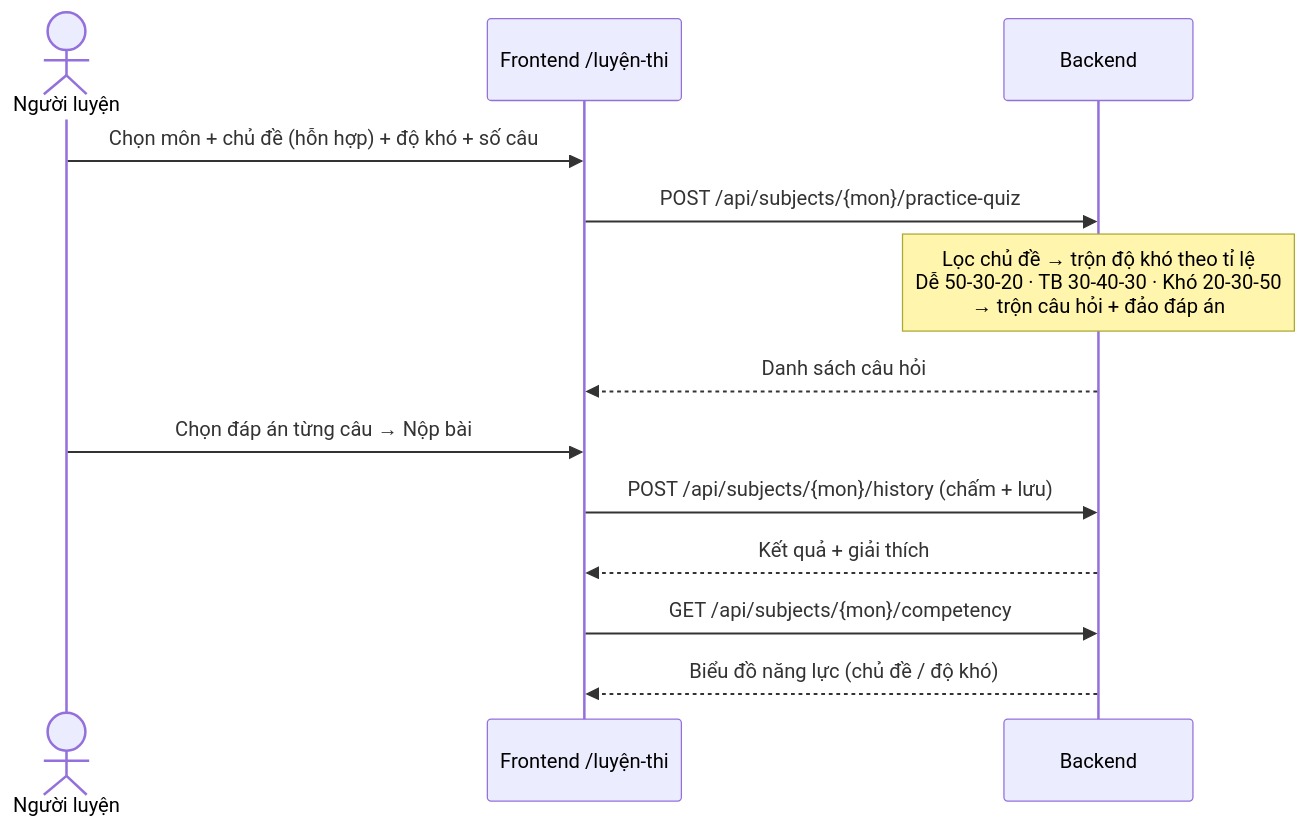
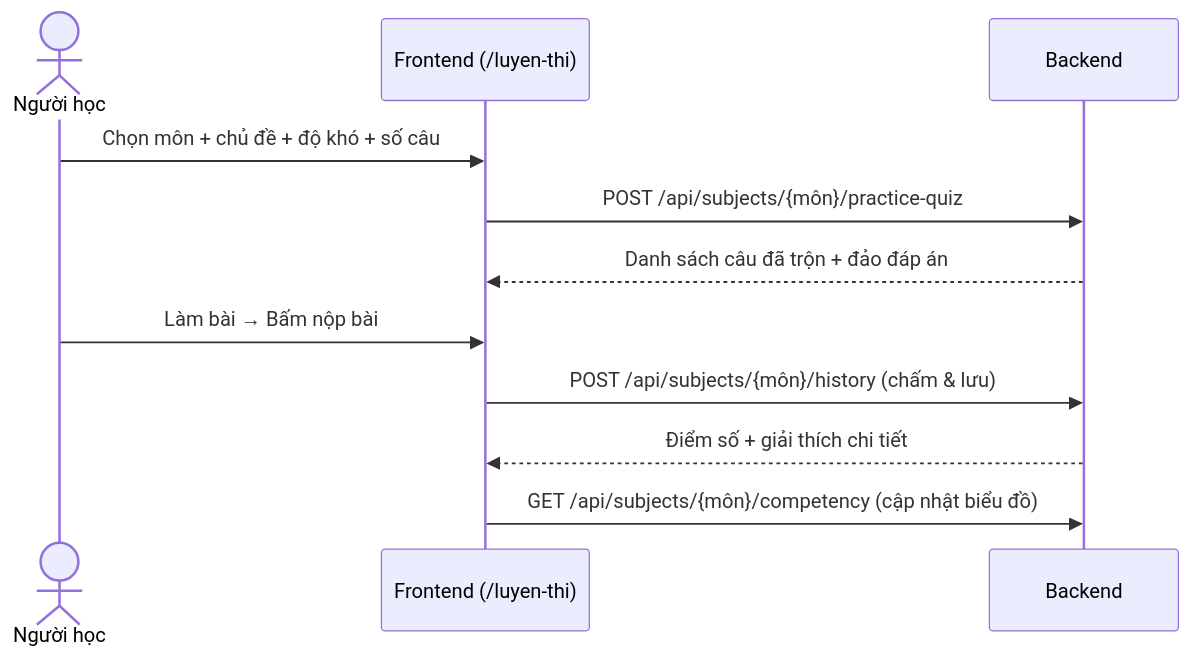
One commit to duonganh070406/luyen-thi-py changed the first of 2 diagrams in README.md. Above: the diagram before and after it, drawn with Mermaid. The commit also changed other lines of this file, not shown here.

````diff
--- a/README.md
+++ b/README.md
@@ -109,15 +73,13 @@
 ```mermaid
 sequenceDiagram
-    actor U as Người luyện
-    participant FE as Frontend /luyện-thi
+    actor U as Người học
+    participant FE as Frontend (/luyen-thi)
     participant BE as Backend
-    U->>FE: Chọn môn + chủ đề (hỗn hợp) + độ khó + số câu
-    FE->>BE: POST /api/subjects/{mon}/practice-quiz
-    Note over BE: Lọc chủ đề → trộn độ khó theo tỉ lệ<br/>Dễ 50-30-20 · TB 30-40-30 · Khó 20-30-50<br/>→ trộn câu hỏi + đảo đáp án
-    BE-->>FE: Danh sách câu hỏi
-    U->>FE: Chọn đáp án từng câu → Nộp bài
-    FE->>BE: POST /api/subjects/{mon}/history (chấm + lưu)
-    BE-->>FE: Kết quả + giải thích
-    FE->>BE: GET /api/subjects/{mon}/competency
-    BE-->>FE: Biểu đồ năng lực (chủ đề / độ khó)
+    U->>FE: Chọn môn + chủ đề + độ khó + số câu
+    FE->>BE: POST /api/subjects/{môn}/practice-quiz
+    BE-->>FE: Danh sách câu đã trộn + đảo đáp án
+    U->>FE: Làm bài → Bấm nộp bài
+    FE->>BE: POST /api/subjects/{môn}/history (chấm & lưu)
+    BE-->>FE: Điểm số + giải thích chi tiết
+    FE->>BE: GET /api/subjects/{môn}/competency (cập nhật biểu đồ)
 ```
````
